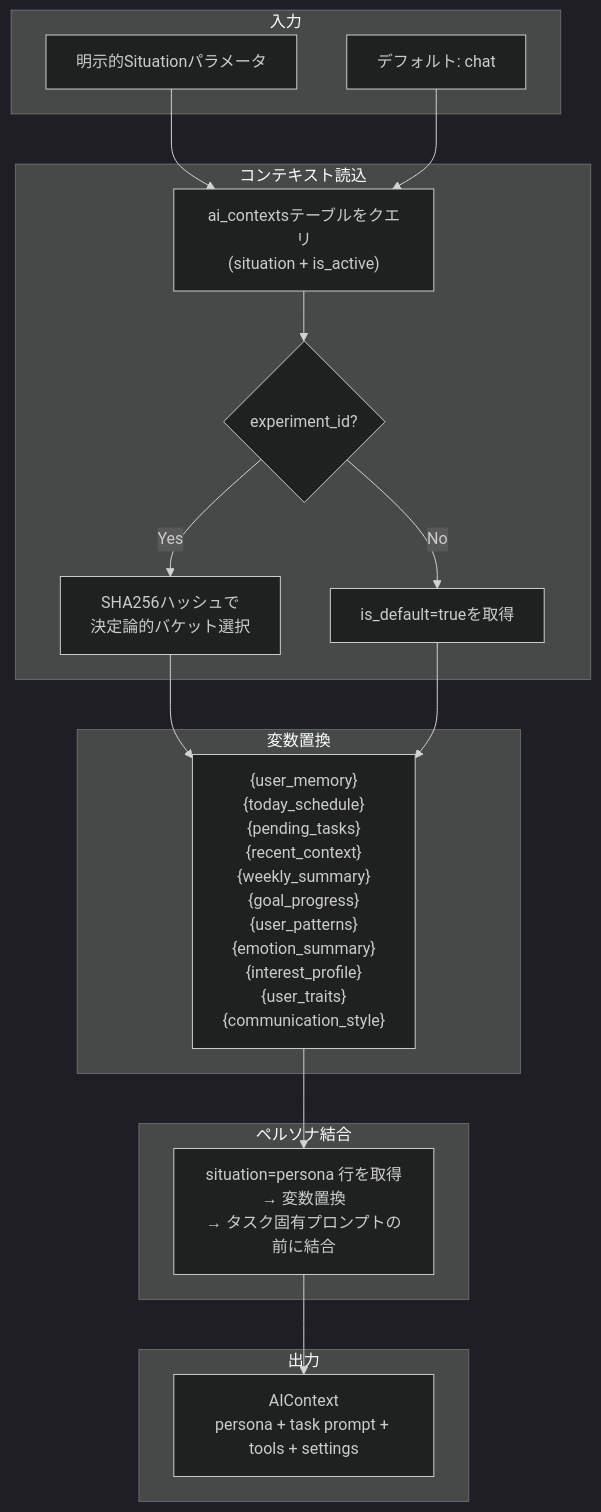
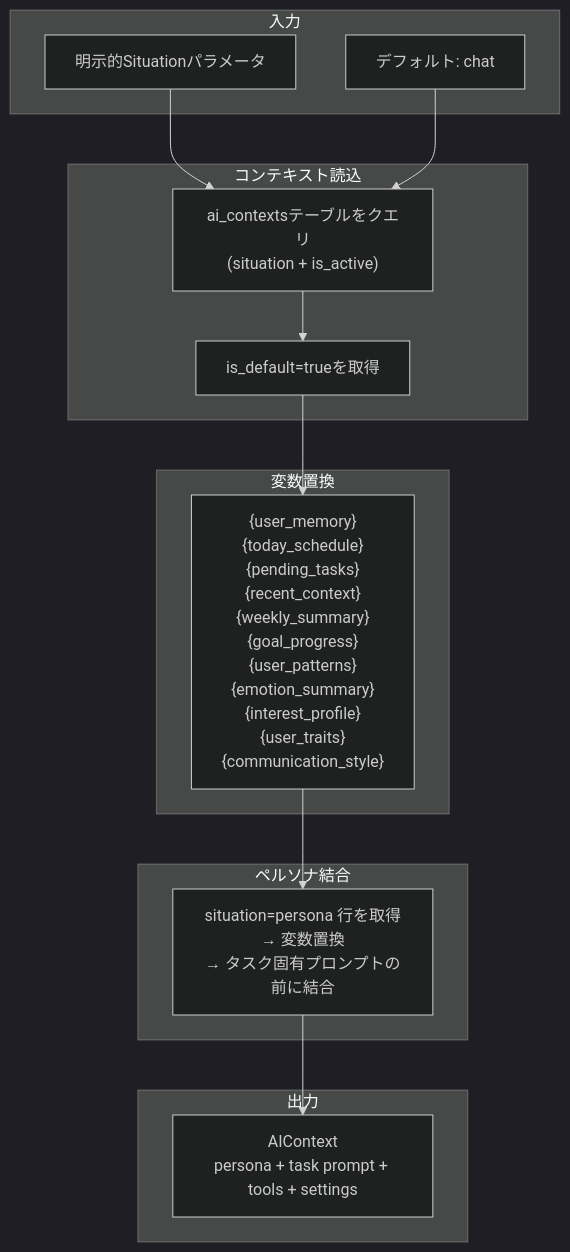
One commit to yu-min3/kensan changed the seventh of 12 diagrams in kensan-ai/ARCHITECTURE.md. Above: the diagram before and after it, drawn with Mermaid (dark theme). The commit also changed other lines of this file and 64 other files, not shown here.

````diff
--- a/kensan-ai/ARCHITECTURE.md
+++ b/kensan-ai/ARCHITECTURE.md
@@ -382,33 +391,29 @@
 ```mermaid
 flowchart TB
     subgraph "入力"
         Explicit["明示的Situationパラメータ"]
         Default["デフォルト: chat"]
     end
 
     subgraph "コンテキスト読込"
         Query["ai_contextsテーブルをクエリ<br/>(situation + is_active)"]
-        HasExp{"experiment_id?"}
-        ABSelect["SHA256ハッシュで<br/>決定論的バケット選択"]
         DefaultCtx["is_default=trueを取得"]
     end
 
     subgraph "変数置換"
         Variables["{user_memory}<br/>{today_schedule}<br/>{pending_tasks}<br/>{recent_context}<br/>{weekly_summary}<br/>{goal_progress}<br/>{user_patterns}<br/>{emotion_summary}<br/>{interest_profile}<br/>{user_traits}<br/>{communication_style}"]
     end
 
     subgraph "ペルソナ結合"
         Persona["situation=persona 行を取得<br/>→ 変数置換<br/>→ タスク固有プロンプトの前に結合"]
     end
 
     subgraph "出力"
         Context["AIContext<br/>persona + task prompt + tools + settings"]
     end
 
     Explicit --> Query
     Default --> Query
-    Query --> HasExp
-    HasExp -->|Yes| ABSelect --> Variables
-    HasExp -->|No| DefaultCtx --> Variables
+    Query --> DefaultCtx --> Variables
     Variables --> Persona --> Context
 ```
````
